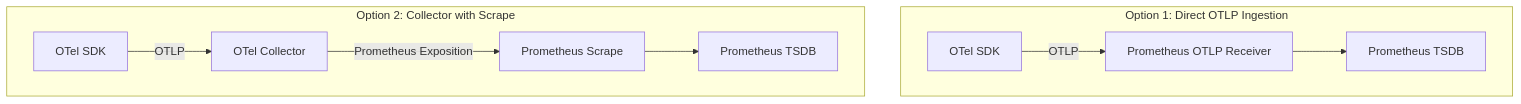
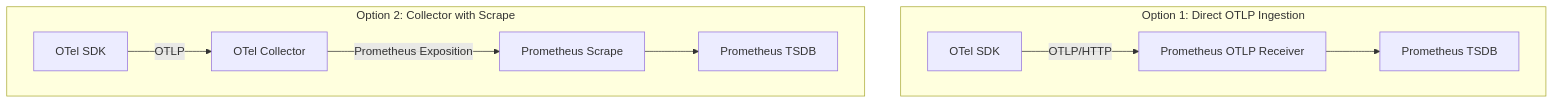
One commit to OneUptime/blog changed the diagram in posts/2026-02-06-prometheus-opentelemetry-metrics-backend/README.md. Above: the diagram before and after it, drawn with Mermaid. The commit also changed other lines of this file and 2 other files, not shown here.

Commit message:
validate: 2026-02-06-prometheus-opentelemetry-metrics-backend

````diff
--- a/posts/2026-02-06-prometheus-opentelemetry-metrics-backend/README.md
+++ b/posts/2026-02-06-prometheus-opentelemetry-metrics-backend/README.md
@@ -19,13 +19,13 @@
 ```mermaid
 graph TD
     subgraph "Option 1: Direct OTLP Ingestion"
-        A1[OTel SDK] -->|OTLP| B1[Prometheus OTLP Receiver]
+        A1[OTel SDK] -->|OTLP/HTTP| B1[Prometheus OTLP Receiver]
         B1 --> C1[Prometheus TSDB]
     end
 
     subgraph "Option 2: Collector with Scrape"
         A2[OTel SDK] -->|OTLP| B2[OTel Collector]
         B2 -->|Prometheus Exposition| C2[Prometheus Scrape]
         C2 --> D2[Prometheus TSDB]
     end
 ```
````
